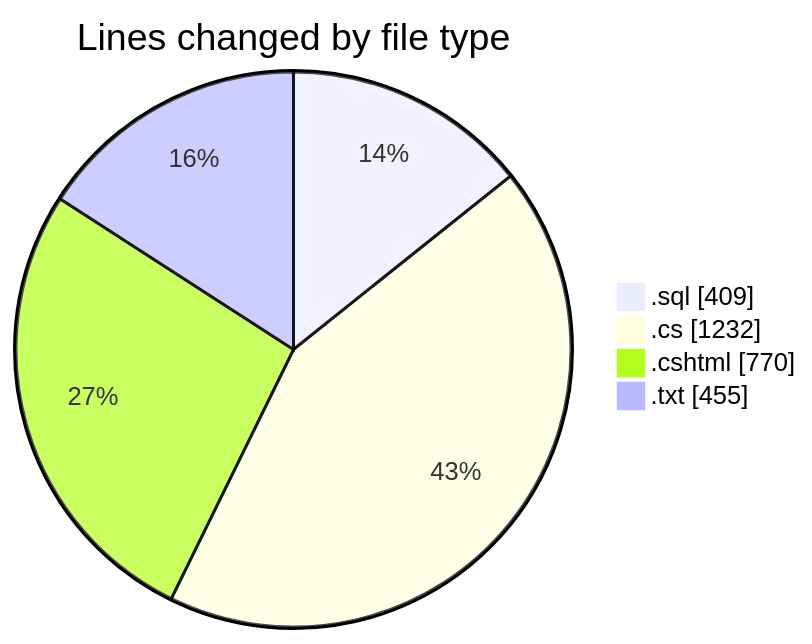
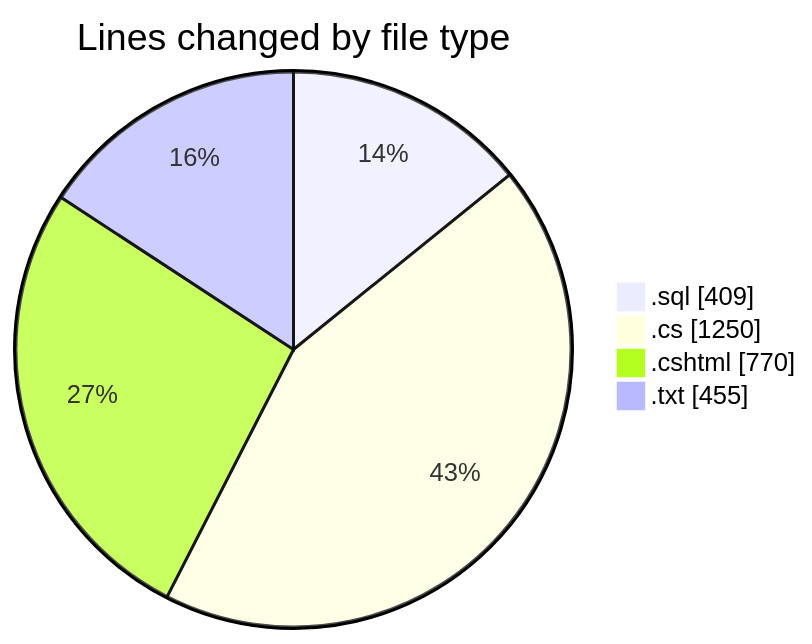
One commit to lephambinh05/code-tracking changed the first of 2 diagrams in 2025-07-23/quanlyrapchieuphim/README.md. Above: the diagram before and after it, drawn with Mermaid. The commit also changed other lines of this file and 1 other file, not shown here.

````diff
--- a/2025-07-23/quanlyrapchieuphim/README.md
+++ b/2025-07-23/quanlyrapchieuphim/README.md
@@ -27,8 +27,8 @@
 ```mermaid
 pie showData
 title Lines changed by file type
 ".sql" : 409
-".cs" : 1232
+".cs" : 1250
 ".cshtml" : 770
 ".txt" : 455
 ```
````
